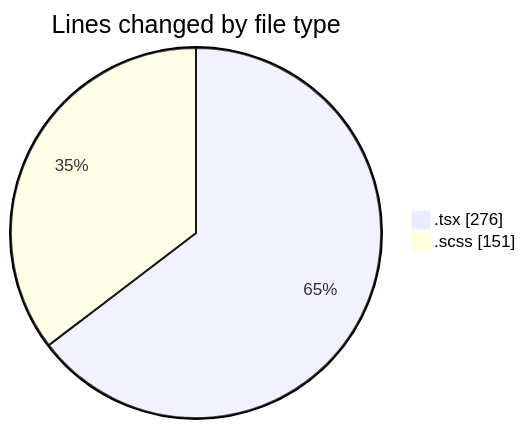
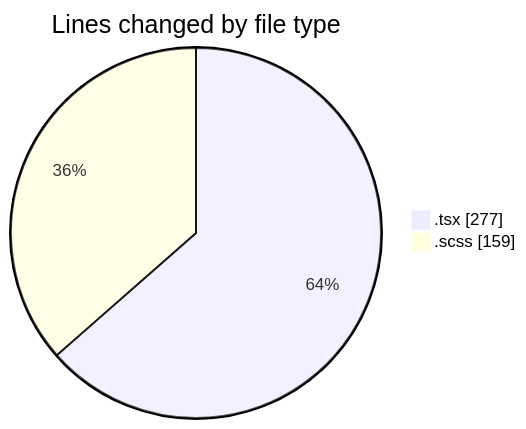
Before and after one commit to momahboobian/code-tracking: the first of 2 diagrams in 2026-04-16/cda/README.md, drawn with Mermaid. The commit also changed other lines of this file and 1 other file, not shown here.

````diff
--- a/2026-04-16/cda/README.md
+++ b/2026-04-16/cda/README.md
@@ -22,6 +22,6 @@
 ```mermaid
 pie showData
 title Lines changed by file type
-".tsx" : 276
-".scss" : 151
+".tsx" : 277
+".scss" : 159
 ```
````
